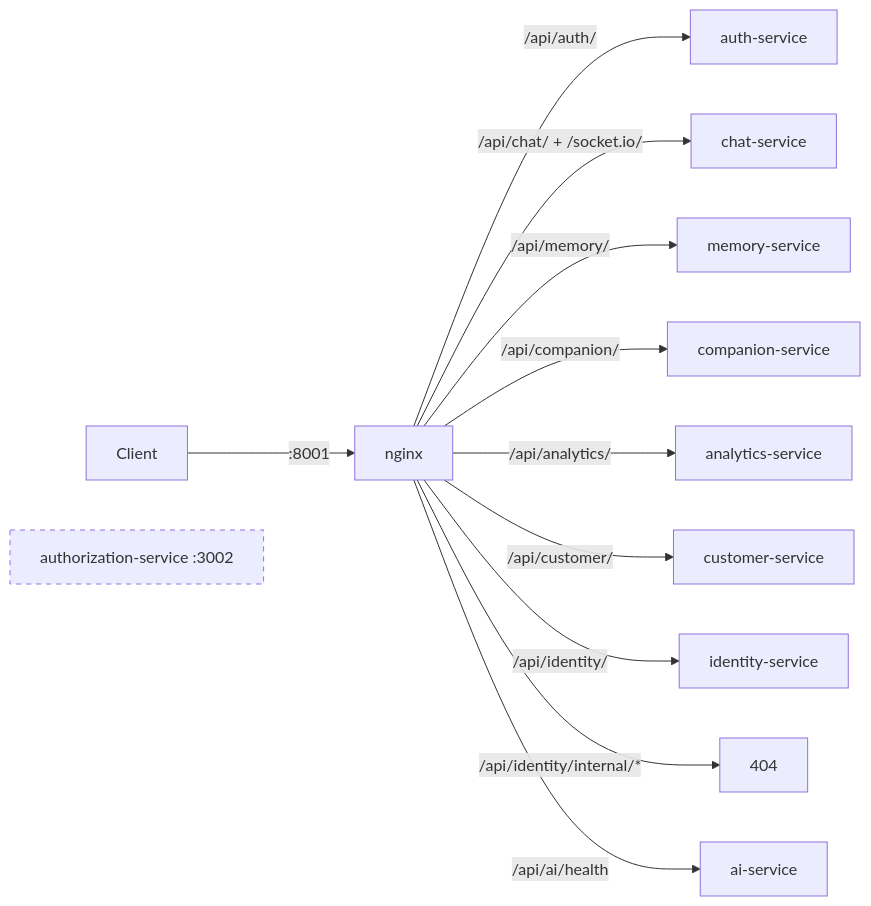
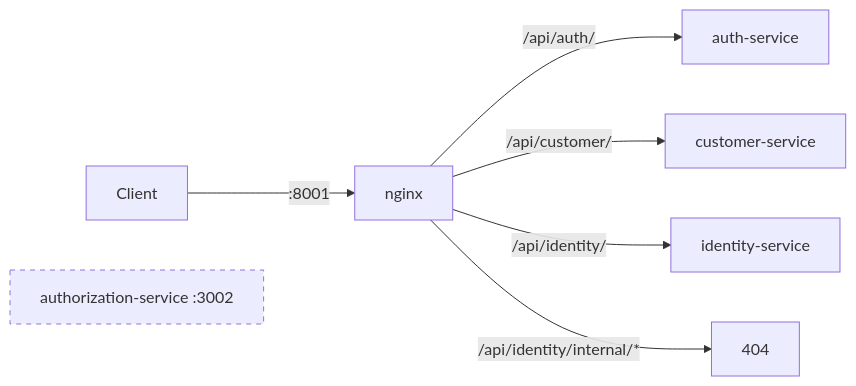
One commit to master-node1/the-aura-lab changed the first of 2 diagrams in services/api-gateway/README.md. Above: the diagram before and after it, drawn with Mermaid. The commit also changed other lines of this file and 118 other files, not shown here.

````diff
--- a/services/api-gateway/README.md
+++ b/services/api-gateway/README.md
@@ -51,15 +45,10 @@
 ```mermaid
 flowchart LR
     Client -->|:8001| NGX[nginx]
     NGX -->|/api/auth/| AUTH[auth-service]
-    NGX -->|/api/chat/ + /socket.io/| CHAT[chat-service]
-    NGX -->|/api/memory/| MEM[memory-service]
-    NGX -->|/api/companion/| COMP[companion-service]
-    NGX -->|/api/analytics/| AN[analytics-service]
     NGX -->|/api/customer/| CUST[customer-service]
     NGX -->|/api/identity/| ID[identity-service]
     NGX -->|/api/identity/internal/*| BLK[404]
-    NGX -->|/api/ai/health| AI[ai-service]
     AZ[authorization-service :3002]:::off
     classDef off stroke-dasharray: 5 5
 ```
````
